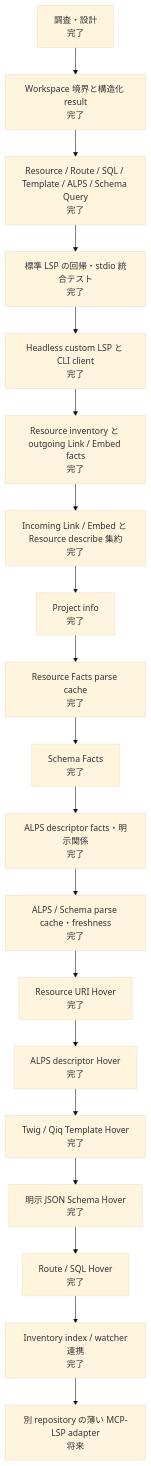
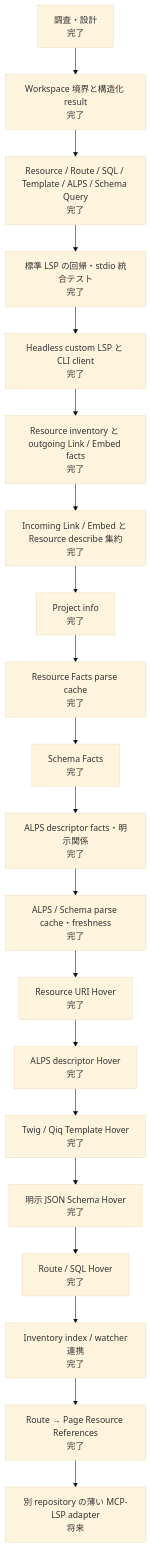
Before and after one commit to suzumaze/bear-phpactor-extension: the second of 2 diagrams in docs/semantic-lsp-progress.ja.md, drawn with Mermaid (base theme). The commit also changed other lines of this file and 9 other files, not shown here.

Commit message:
feat: find page resource references from routes

````diff
--- a/docs/semantic-lsp-progress.ja.md
+++ b/docs/semantic-lsp-progress.ja.md
@@ -31,24 +31,25 @@
 ```mermaid
 flowchart TD
     p0["調査・設計\n完了"]
     p1["Workspace 境界と構造化 result\n完了"]
     p2["Resource / Route / SQL / Template / ALPS / Schema Query\n完了"]
     p3["標準 LSP の回帰・stdio 統合テスト\n完了"]
     p4["Headless custom LSP と CLI client\n完了"]
     p5["Resource inventory と outgoing Link / Embed facts\n完了"]
     p6["Incoming Link / Embed と Resource describe 集約\n完了"]
     p7["Project info\n完了"]
     p75["Resource Facts parse cache\n完了"]
     p76["Schema Facts\n完了"]
     p77["ALPS descriptor facts・明示関係\n完了"]
     p78["ALPS / Schema parse cache・freshness\n完了"]
     p79["Resource URI Hover\n完了"]
     p80["ALPS descriptor Hover\n完了"]
     p81["Twig / Qiq Template Hover\n完了"]
     p82["明示 JSON Schema Hover\n完了"]
     p83["Route / SQL Hover\n完了"]
     p84["Inventory index / watcher連携\n完了"]
+    p85["Route → Page Resource References\n完了"]
     p8["別 repository の薄い MCP-LSP adapter\n将来"]
 
-    p0 --> p1 --> p2 --> p3 --> p4 --> p5 --> p6 --> p7 --> p75 --> p76 --> p77 --> p78 --> p79 --> p80 --> p81 --> p82 --> p83 --> p84 --> p8
+    p0 --> p1 --> p2 --> p3 --> p4 --> p5 --> p6 --> p7 --> p75 --> p76 --> p77 --> p78 --> p79 --> p80 --> p81 --> p82 --> p83 --> p84 --> p85 --> p8
 ```
````
